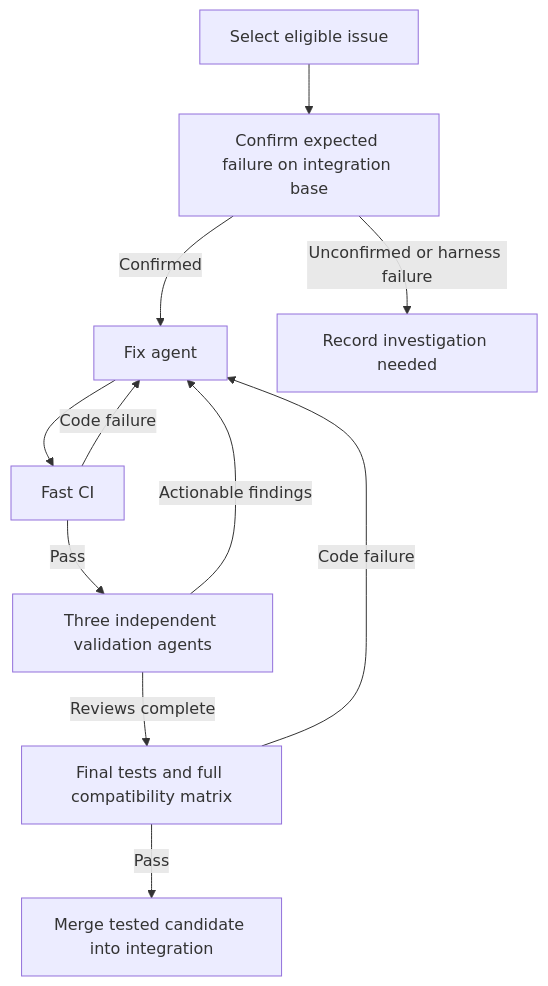
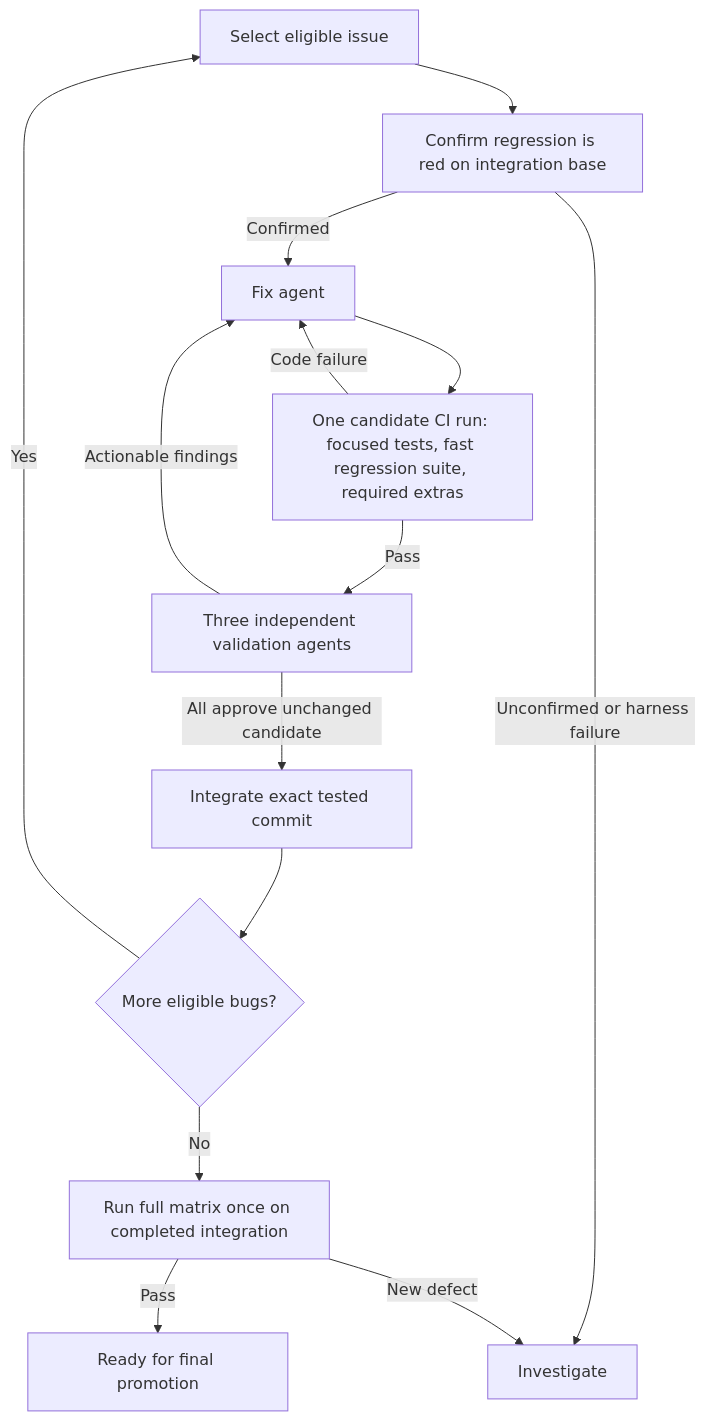
One commit to litedb-org/LiteDB changed the diagram in docs/Tasks/Wholesale-Bugfix/README.md. Above: the diagram before and after it, drawn with Mermaid. The commit also changed other lines of this file, not shown here.

First line of the commit message:
Reserve the full matrix for final sweep validation

````diff
--- a/docs/Tasks/Wholesale-Bugfix/README.md
+++ b/docs/Tasks/Wholesale-Bugfix/README.md
@@ -57,13 +61,16 @@
 ```mermaid
 flowchart TD
-    A[Select eligible issue] --> B[Confirm expected failure on integration base]
+    A[Select eligible issue] --> B[Confirm regression is red on integration base]
     B -->|Confirmed| C[Fix agent]
-    B -->|Unconfirmed or harness failure| X[Record investigation needed]
-    C --> D[Fast CI]
+    B -->|Unconfirmed or harness failure| X[Investigate]
+    C --> D[One candidate CI run: focused tests, fast regression suite, required extras]
     D -->|Code failure| C
     D -->|Pass| E[Three independent validation agents]
     E -->|Actionable findings| C
-    E -->|Reviews complete| F[Final tests and full compatibility matrix]
-    F -->|Code failure| C
-    F -->|Pass| G[Merge tested candidate into integration]
+    E -->|All approve unchanged candidate| G[Integrate exact tested commit]
+    G --> H{More eligible bugs?}
+    H -->|Yes| A
+    H -->|No| F[Run full matrix once on completed integration]
+    F -->|Pass| P[Ready for final promotion]
+    F -->|New defect| X
 ```
````
